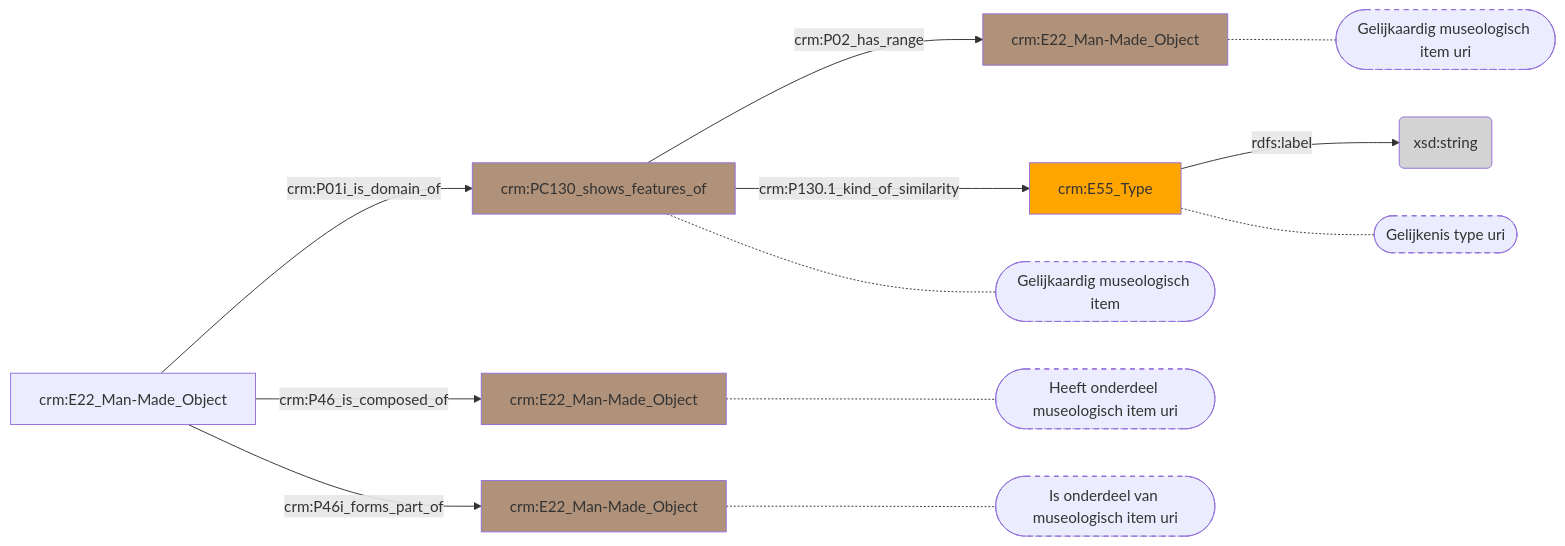
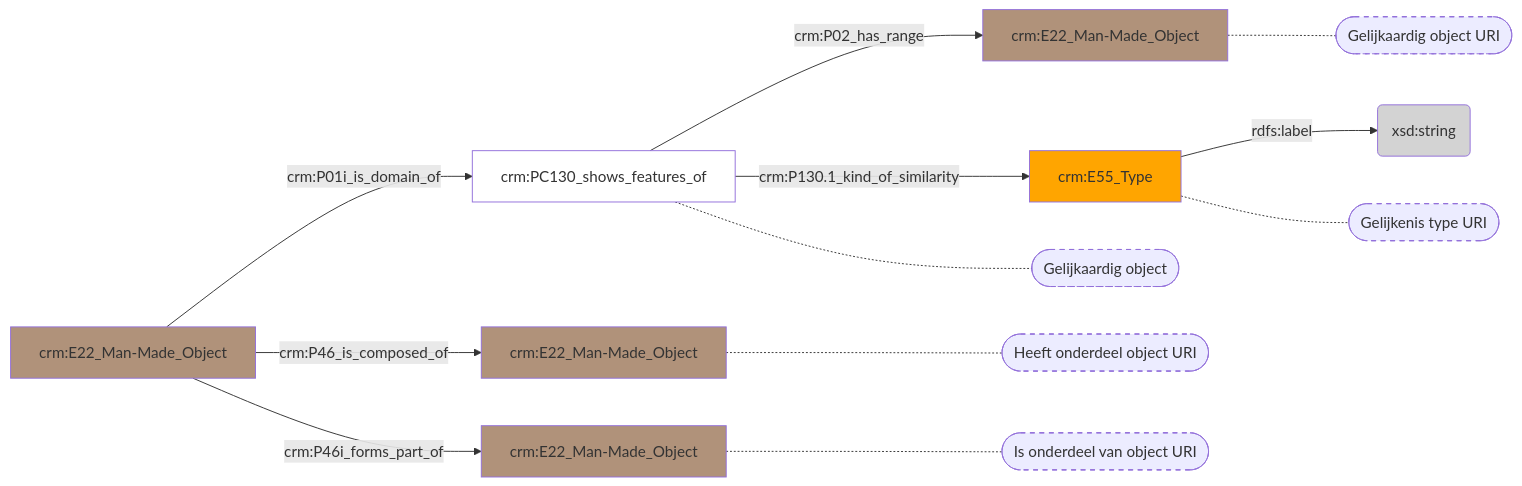
Before and after one commit to digipolisantwerpdocumentation/antwerp-cultureel-erfgoed: the diagram in docs/content/modellen/MuseologicalItem/Verwijzingen.md, drawn with Mermaid. The commit also changed 29 other files, not shown here.

````diff
--- a/docs/content/modellen/MuseologicalItem/Verwijzingen.md
+++ b/docs/content/modellen/MuseologicalItem/Verwijzingen.md
@@ -1,25 +1,26 @@
 ```mermaid
 graph LR
 e12c2308-1012-11ee-b0c4-00163e71351b["crm:E55_Type"]-->|"rdfs:label"|2dac340c-20bc-11ee-a9ac-00163e71351b(xsd:string)
 ede4725e-100c-11ee-a9ac-00163e71351b["crm:PC130_shows_features_of"]-->|"crm:P02_has_range"|bf90198e-1012-11ee-a9ac-00163e71351b["crm:E22_Man-Made_Object"]
 ede4725e-100c-11ee-a9ac-00163e71351b["crm:PC130_shows_features_of"]-->|"crm:P130.1_kind_of_similarity"|e12c2308-1012-11ee-b0c4-00163e71351b["crm:E55_Type"]
 fa95cea2-dd27-11ed-9655-00163e71351b["crm:E22_Man-Made_Object"]-->|"crm:P01i_is_domain_of"|ede4725e-100c-11ee-a9ac-00163e71351b["crm:PC130_shows_features_of"]
 fa95cea2-dd27-11ed-9655-00163e71351b["crm:E22_Man-Made_Object"]-->|"crm:P46_is_composed_of"|261b3b98-45a1-11ee-bc5c-00163e71351b["crm:E22_Man-Made_Object"]
 fa95cea2-dd27-11ed-9655-00163e71351b["crm:E22_Man-Made_Object"]-->|"crm:P46i_forms_part_of"|c4cb4c24-45a1-11ee-bc5c-00163e71351b["crm:E22_Man-Made_Object"]
+bf90198e-1012-11ee-a9ac-00163e71351b["crm:E22_Man-Made_Object"]-.-bf90198e-1012-11ee-a9ac-00163e71351b_s(["Gelijkaardig object URI"])
+e12c2308-1012-11ee-b0c4-00163e71351b["crm:E55_Type"]-.-e12c2308-1012-11ee-b0c4-00163e71351b_s(["Gelijkenis type URI"])
+ede4725e-100c-11ee-a9ac-00163e71351b["crm:PC130_shows_features_of"]-.-ede4725e-100c-11ee-a9ac-00163e71351b_s(["Gelijkaardig object"])
+261b3b98-45a1-11ee-bc5c-00163e71351b["crm:E22_Man-Made_Object"]-.-261b3b98-45a1-11ee-bc5c-00163e71351b_s(["Heeft onderdeel object URI"])
+c4cb4c24-45a1-11ee-bc5c-00163e71351b["crm:E22_Man-Made_Object"]-.-c4cb4c24-45a1-11ee-bc5c-00163e71351b_s(["Is onderdeel van object URI"])
 style bf90198e-1012-11ee-a9ac-00163e71351b_s stroke-dasharray: 5
 style e12c2308-1012-11ee-b0c4-00163e71351b_s stroke-dasharray: 5
 style ede4725e-100c-11ee-a9ac-00163e71351b_s stroke-dasharray: 5
 style 261b3b98-45a1-11ee-bc5c-00163e71351b_s stroke-dasharray: 5
 style c4cb4c24-45a1-11ee-bc5c-00163e71351b_s stroke-dasharray: 5
-bf90198e-1012-11ee-a9ac-00163e71351b["crm:E22_Man-Made_Object"]-.-bf90198e-1012-11ee-a9ac-00163e71351b_s(["Gelijkaardig museologisch item uri"])
-e12c2308-1012-11ee-b0c4-00163e71351b["crm:E55_Type"]-.-e12c2308-1012-11ee-b0c4-00163e71351b_s(["Gelijkenis type uri"])
-ede4725e-100c-11ee-a9ac-00163e71351b["crm:PC130_shows_features_of"]-.-ede4725e-100c-11ee-a9ac-00163e71351b_s(["Gelijkaardig museologisch item"])
-261b3b98-45a1-11ee-bc5c-00163e71351b["crm:E22_Man-Made_Object"]-.-261b3b98-45a1-11ee-bc5c-00163e71351b_s(["Heeft onderdeel museologisch item uri"])
-c4cb4c24-45a1-11ee-bc5c-00163e71351b["crm:E22_Man-Made_Object"]-.-c4cb4c24-45a1-11ee-bc5c-00163e71351b_s(["Is onderdeel van museologisch item uri"])
 style 261b3b98-45a1-11ee-bc5c-00163e71351b fill:#B0927A
 style 2dac340c-20bc-11ee-a9ac-00163e71351b fill:#D3D3D3
 style bf90198e-1012-11ee-a9ac-00163e71351b fill:#B0927A
 style c4cb4c24-45a1-11ee-bc5c-00163e71351b fill:#B0927A
 style e12c2308-1012-11ee-b0c4-00163e71351b fill:#ffa500
-style ede4725e-100c-11ee-a9ac-00163e71351b fill:#B0927A
+style ede4725e-100c-11ee-a9ac-00163e71351b fill:#ffffff
+style fa95cea2-dd27-11ed-9655-00163e71351b fill:#B0927A
 ```
````
